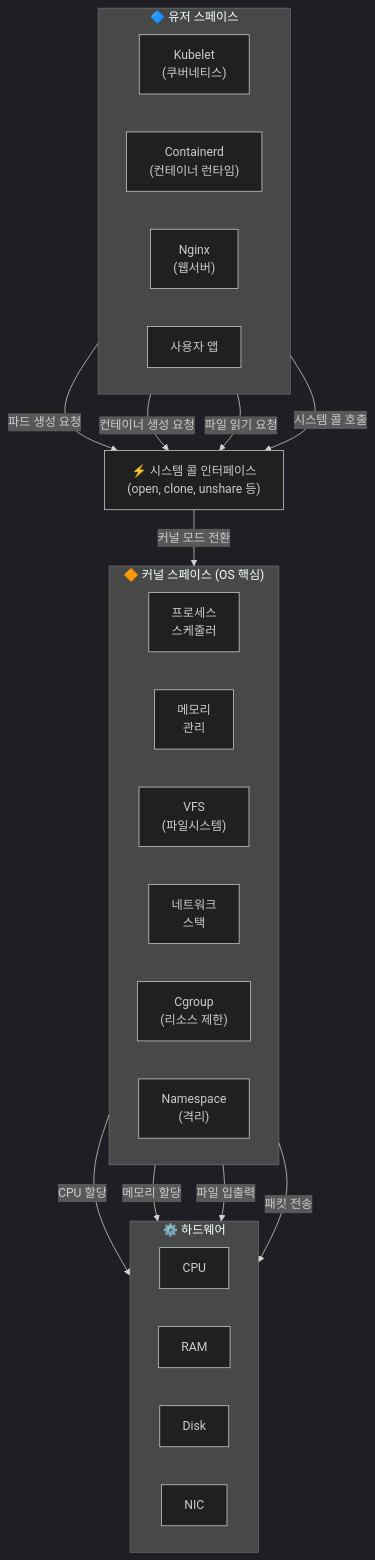
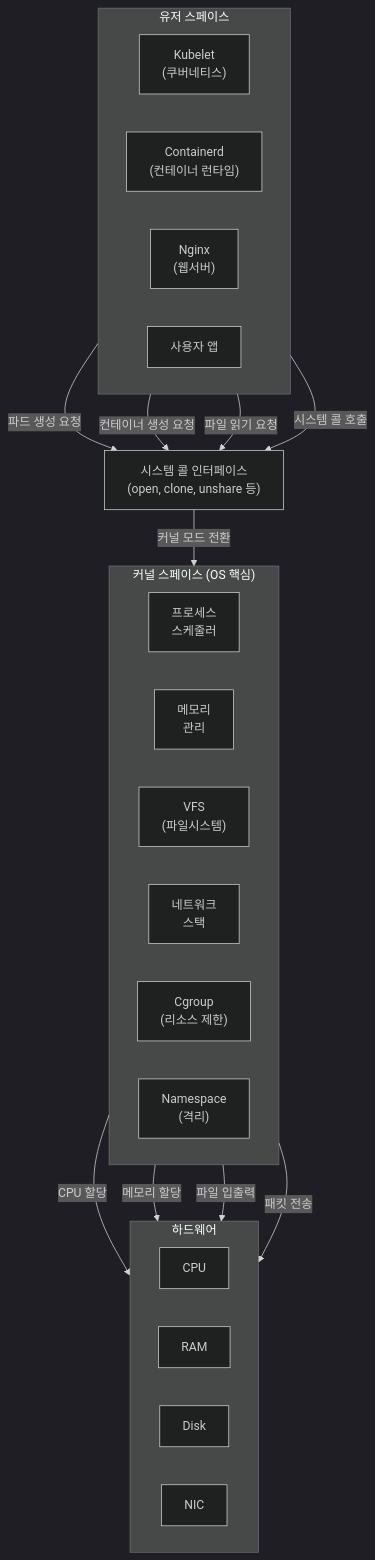
Before and after one commit to juwon8891/juwon8891.github.io: the first of 3 diagrams in docs/container/linux-kernel-container.md, drawn with Mermaid (dark theme). The commit also changed other lines of this file, not shown here.

Commit message:
docs: Remove emojis from linux kernel and container documentation

````diff
--- a/docs/container/linux-kernel-container.md
+++ b/docs/container/linux-kernel-container.md
@@ -31,42 +31,42 @@
 ```mermaid
 graph TB
-    subgraph UserSpace["🔷 유저 스페이스"]
+    subgraph UserSpace["유저 스페이스"]
         direction LR
         Kubelet["Kubelet<br/>(쿠버네티스)"]
         Containerd["Containerd<br/>(컨테이너 런타임)"]
         Nginx["Nginx<br/>(웹서버)"]
         App["사용자 앱"]
     end
     
-    SysCall["⚡ 시스템 콜 인터페이스<br/>(open, clone, unshare 등)"]
+    SysCall["시스템 콜 인터페이스<br/>(open, clone, unshare 등)"]
     
-    subgraph KernelSpace["🔶 커널 스페이스 (OS 핵심)"]
+    subgraph KernelSpace["커널 스페이스 (OS 핵심)"]
         direction LR
         Scheduler["프로세스<br/>스케줄러"]
         Memory["메모리<br/>관리"]
         VFS["VFS<br/>(파일시스템)"]
         Network["네트워크<br/>스택"]
         Cgroup["Cgroup<br/>(리소스 제한)"]
         Namespace["Namespace<br/>(격리)"]
     end
     
-    subgraph Hardware["⚙️ 하드웨어"]
+    subgraph Hardware["하드웨어"]
         direction LR
         CPU[CPU]
         RAM[RAM]
         Disk[Disk]
         NIC[NIC]
     end
     
     Kubelet -->|파드 생성 요청| SysCall
     Containerd -->|컨테이너 생성 요청| SysCall
     Nginx -->|파일 읽기 요청| SysCall
     App -->|시스템 콜 호출| SysCall
     
     SysCall -->|커널 모드 전환| KernelSpace
     
     Scheduler -->|CPU 할당| CPU
     Memory -->|메모리 할당| RAM
     VFS -->|파일 입출력| Disk
     Network -->|패킷 전송| NIC
 ```
````
